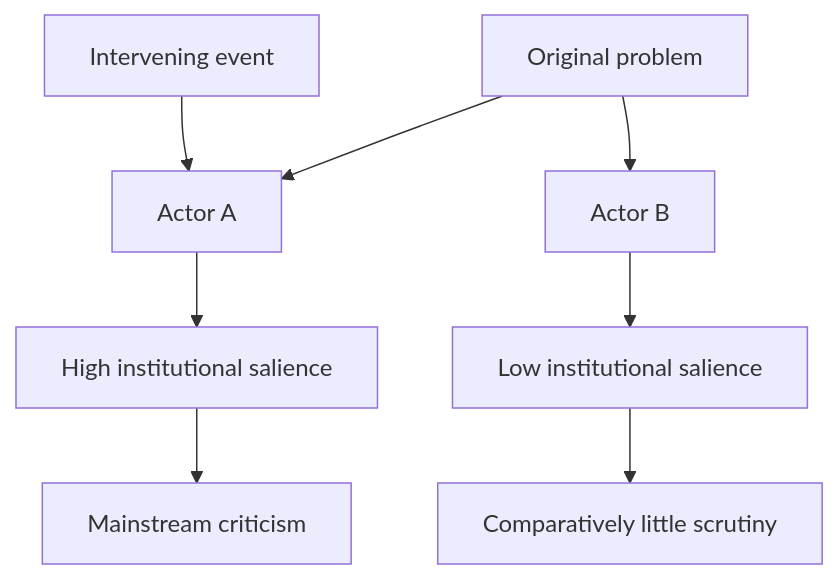
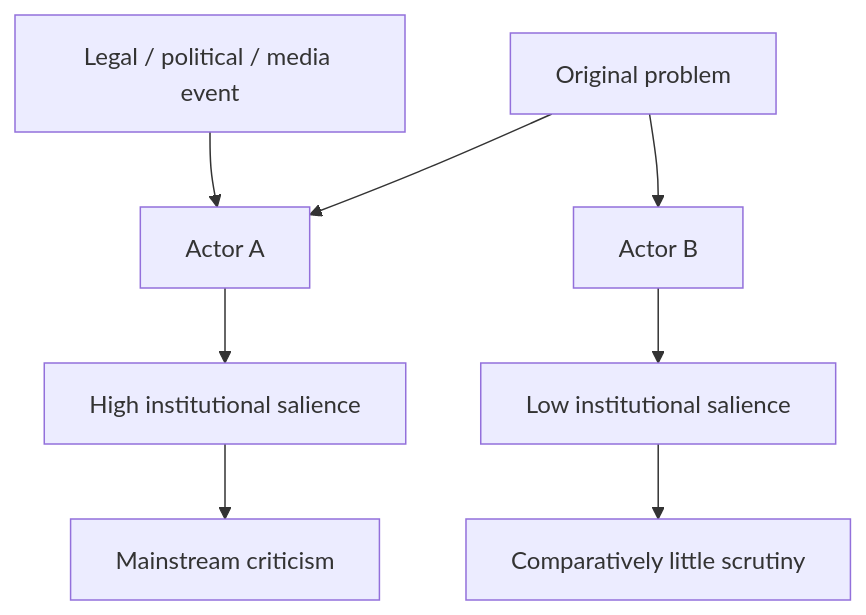
The fifth of 12 diagrams in 🌑_1_Origin_Points/🪿_Embodied_Information_Ecology/♻️_Cybernetics/🌀_absorption_and_selective_sacrifice.md (josefsbreakfast/Polaris-Protocol), drawn with Mermaid before and after one commit. The commit also changed other lines of this file, not shown here.

````diff
--- a/🌑_1_Origin_Points/🪿_Embodied_Information_Ecology/♻️_Cybernetics/🌀_absorption_and_selective_sacrifice.md
+++ b/🌑_1_Origin_Points/🪿_Embodied_Information_Ecology/♻️_Cybernetics/🌀_absorption_and_selective_sacrifice.md
@@ -181,13 +174,13 @@
 ```mermaid
 flowchart TD
     X[Original problem] --> A[Actor A]
     X --> B[Actor B]
 
-    L[Intervening event] --> A
+    L[Legal / political / media event] --> A
 
     A --> M[High institutional salience]
     B --> N[Low institutional salience]
 
     M --> C[Mainstream criticism]
     N --> Q[Comparatively little scrutiny]
 ```
````
